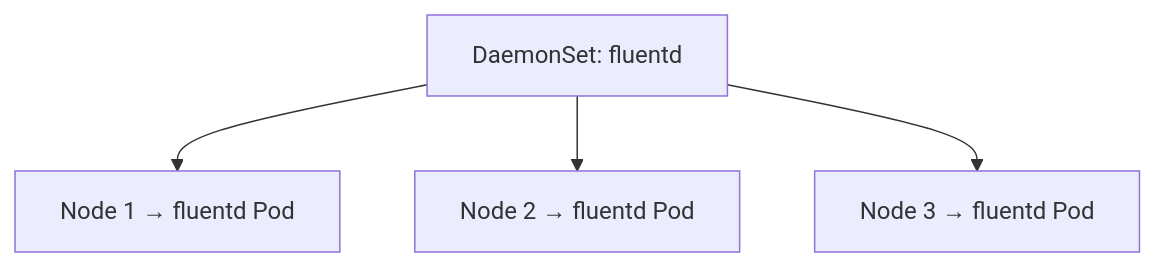
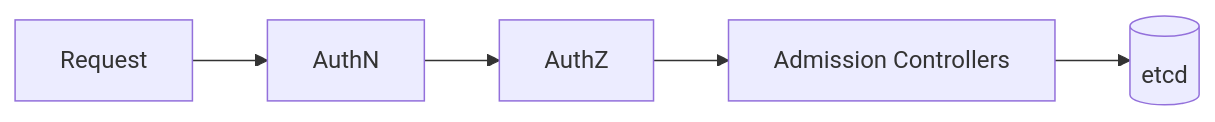
One commit to AbdelwahabAdam/K8S-notes changed the tenth of 10 diagrams in Study/1.Core Concepts/enhanced_readme.md. Above: the diagram before and after it, drawn with Mermaid. The commit also changed other lines of this file and 22 other files, not shown here.

````diff
--- a/Study/1.Core Concepts/enhanced_readme.md
+++ b/Study/1.Core Concepts/enhanced_readme.md
@@ -692,6 +1424,7 @@
 ```mermaid
-flowchart TB
-    DS[DaemonSet: fluentd] --> N1[Node 1 → fluentd Pod]
-    DS --> N2[Node 2 → fluentd Pod]
-    DS --> N3[Node 3 → fluentd Pod]
+flowchart LR
+    REQ[Request] --> AUTH[AuthN]
+    AUTH --> AUTHZ[AuthZ]
+    AUTHZ --> ADM[Admission Controllers]
+    ADM --> ETCD[(etcd)]
 ```
````
